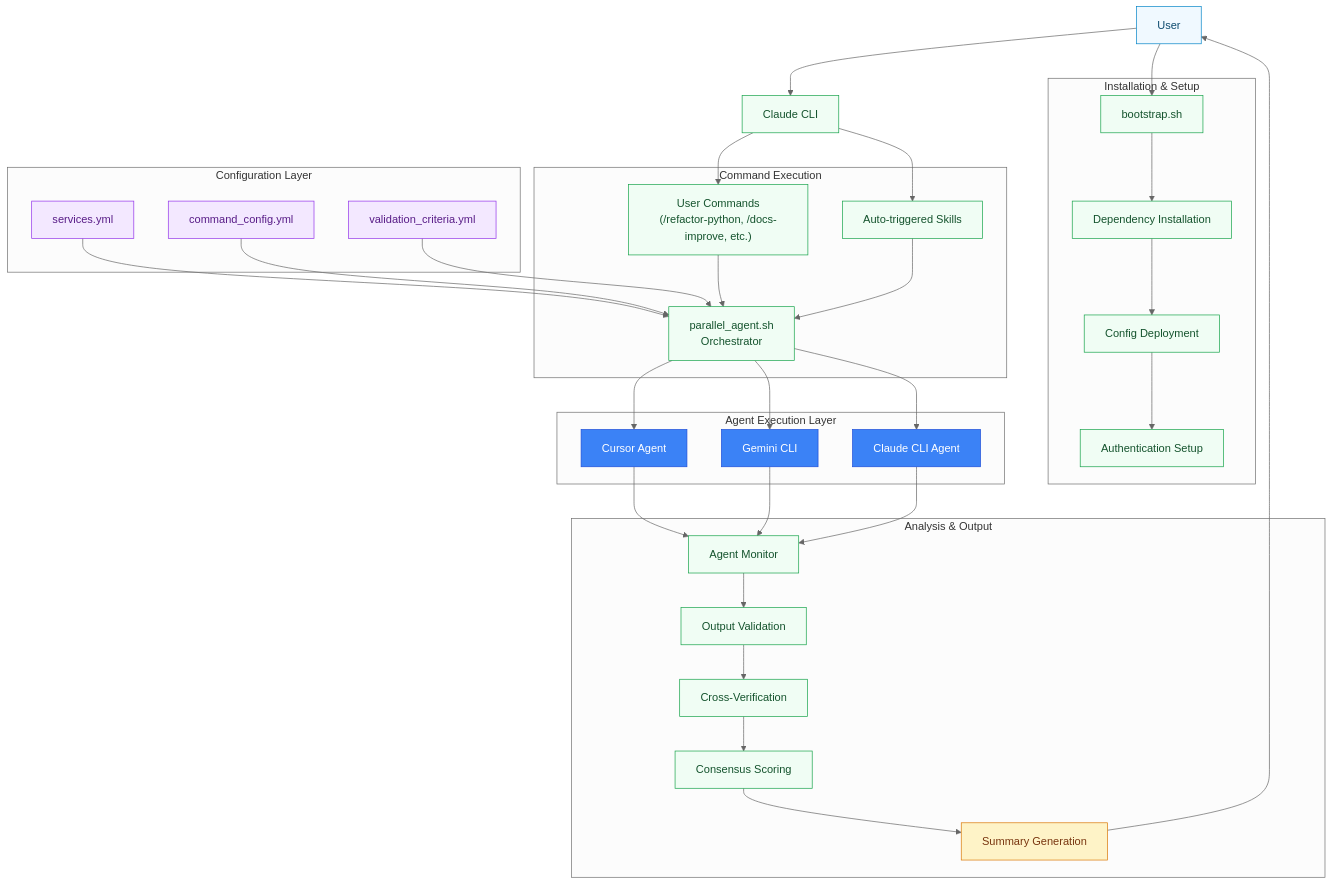
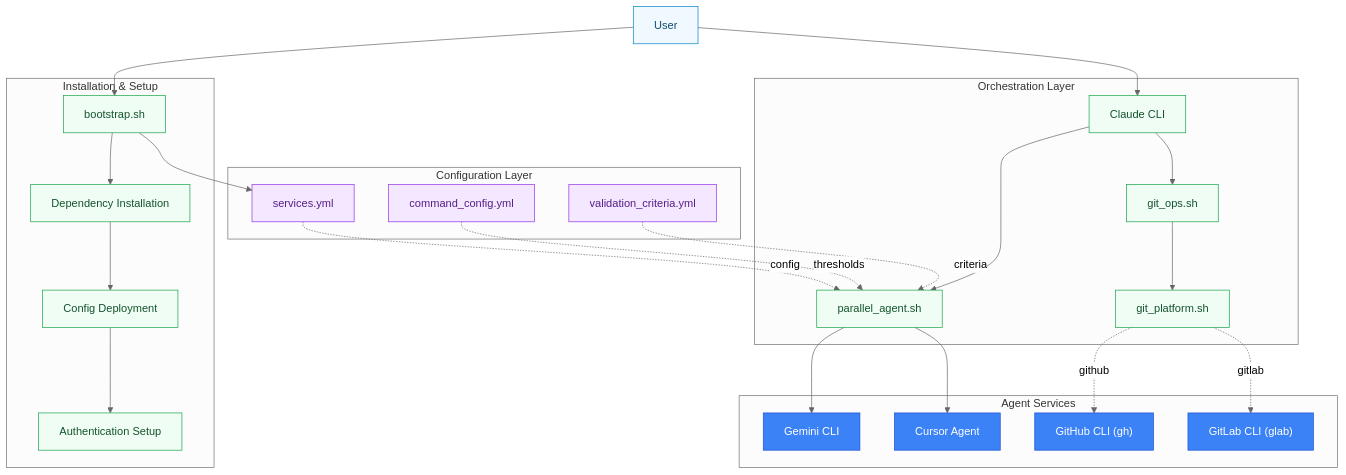
One commit to RB-chrismandich/Manifest changed the first of 10 diagrams in docs/ARCHITECTURE_DIAGRAMS.md. Above: the diagram before and after it, drawn with Mermaid. The commit also changed other lines of this file and 24 other files, not shown here.

First line of the commit message:
feat: add multi-platform Git CLI support (GitHub, GitLab, plain git)

````diff
--- a/docs/ARCHITECTURE_DIAGRAMS.md
+++ b/docs/ARCHITECTURE_DIAGRAMS.md
@@ -28,74 +29,55 @@
 ```mermaid
 %%{init: {'theme':'neutral'}}%%
 flowchart TB
     classDef input fill:#f0f9ff,stroke:#0284c7,color:#0c4a6e
     classDef process fill:#f0fdf4,stroke:#16a34a,color:#14532d
     classDef output fill:#fef3c7,stroke:#d97706,color:#78350f
     classDef config fill:#f3e8ff,stroke:#9333ea,color:#581c87
     classDef external fill:#3b82f6,stroke:#1d4ed8,color:#fff
 
     USER["User"]:::input
     BOOTSTRAP["bootstrap.sh"]:::process
     CLAUDE_CLI["Claude CLI"]:::process
 
     subgraph "Installation & Setup"
         BOOTSTRAP
         INSTALL["Dependency Installation"]:::process
         DEPLOY["Config Deployment"]:::process
         AUTH["Authentication Setup"]:::process
         BOOTSTRAP --> INSTALL --> DEPLOY --> AUTH
     end
 
     subgraph "Configuration Layer"
         SERVICES["services.yml"]:::config
         COMMAND_CFG["command_config.yml"]:::config
-        VALIDATION["validation_criteria.yml"]:::config
+        VALIDATION_CFG["validation_criteria.yml"]:::config
     end
 
-    subgraph "Command Execution"
-        SKILL["Auto-triggered Skills"]:::process
-        COMMANDS["User Commands<br/>(/refactor-python, /docs-improve, etc.)"]:::process
-        ORCHESTRATOR["parallel_agent.sh<br/>Orchestrator"]:::process
+    subgraph "Orchestration Layer"
+        CLAUDE_CLI
+        PARALLEL["parallel_agent.sh"]:::process
+        GIT_PLATFORM["git_platform.sh"]:::process
+        GIT_OPS["git_ops.sh"]:::process
     end
 
-    subgraph "Agent Execution Layer"
+    subgraph "Agent Services"
+        GEMINI["Gemini CLI"]:::external
         CURSOR["Cursor Agent"]:::external
-        GEMINI["Gemini CLI"]:::external
-        CLAUDE_AGENT["Claude CLI Agent"]:::external
-    end
-
-    subgraph "Analysis & Output"
-        MONITOR["Agent Monitor"]:::process
-        VALIDATE_OUT["Output Validation"]:::process
-        CROSS_VERIFY["Cross-Verification"]:::process
-        SYNTHESIS["Consensus Scoring"]:::process
-        SUMMARY["Summary Generation"]:::output
+        GH["GitHub CLI (gh)"]:::external
+        GLAB["GitLab CLI (glab)"]:::external
     end
 
     USER --> BOOTSTRAP
+    BOOTSTRAP --> SERVICES
     USER --> CLAUDE_CLI
-    CLAUDE_CLI --> SKILL
-    CLAUDE_CLI --> COMMANDS
-
-    SERVICES --> ORCHESTRATOR
-    COMMAND_CFG --> ORCHESTRATOR
-    VALIDATION --> ORCHESTRATOR
-
-    COMMANDS --> ORCHESTRATOR
-    SKILL --> ORCHESTRATOR
-
-    ORCHESTRATOR --> CURSOR
-    ORCHESTRATOR --> GEMINI
-    ORCHESTRATOR --> CLAUDE_AGENT
-
-    CURSOR --> MONITOR
-    GEMINI --> MONITOR
-    CLAUDE_AGENT --> MONITOR
-
-    MONITOR --> VALIDATE_OUT
-    VALIDATE_OUT --> CROSS_VERIFY
-    CROSS_VERIFY --> SYNTHESIS
-    SYNTHESIS --> SUMMARY
-
-    SUMMARY --> USER
+    CLAUDE_CLI --> PARALLEL
+    CLAUDE_CLI --> GIT_OPS
+    GIT_OPS --> GIT_PLATFORM
+    GIT_PLATFORM -.->|github| GH
+    GIT_PLATFORM -.->|gitlab| GLAB
+    PARALLEL --> GEMINI
+    PARALLEL --> CURSOR
+    SERVICES -.->|config| PARALLEL
+    COMMAND_CFG -.->|thresholds| PARALLEL
+    VALIDATION_CFG -.->|criteria| PARALLEL
 ```
````
